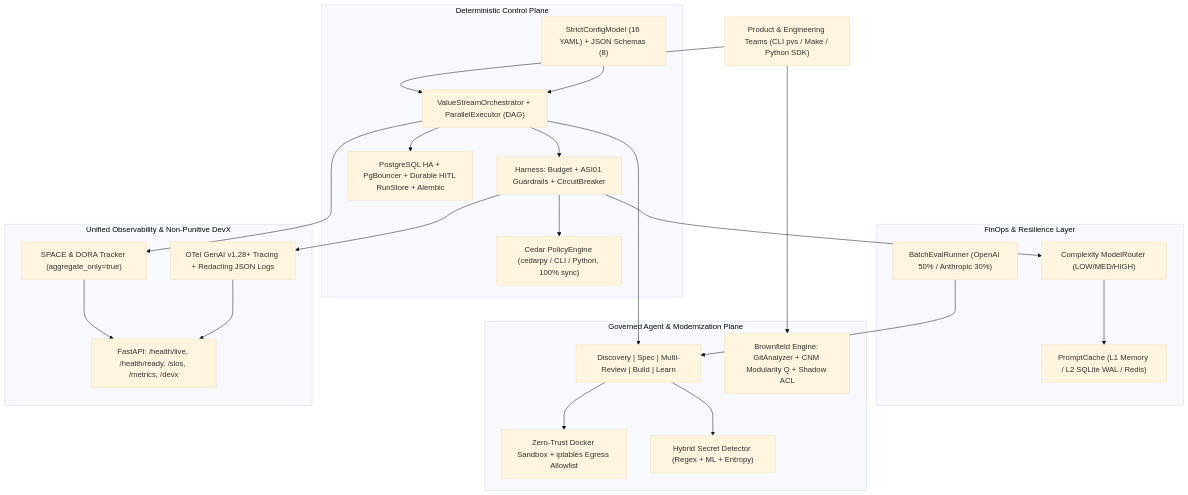
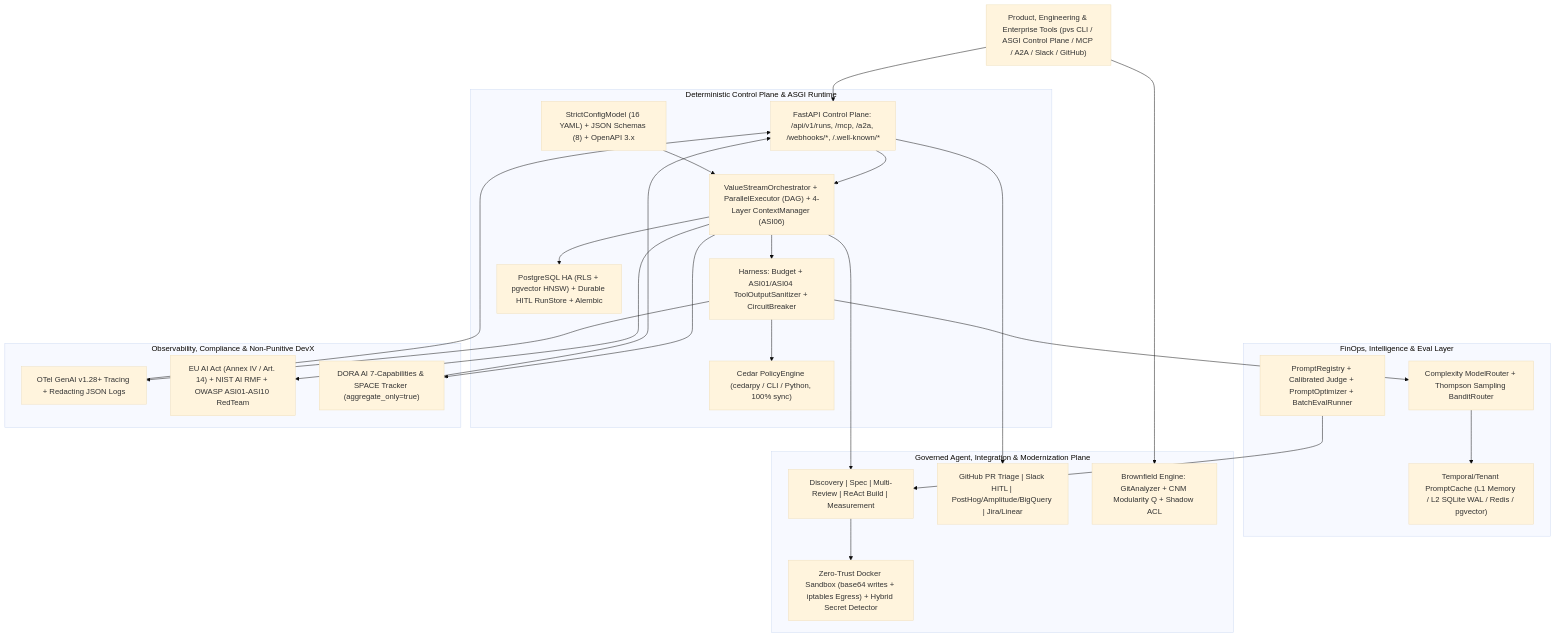
Before and after one commit to vfcarida/AI-Native-Product-Value-System: the diagram in docs/ARCHITECTURE.md, drawn with Mermaid (base theme). The commit also changed other lines of this file and 29 other files, not shown here.

````diff
--- a/docs/ARCHITECTURE.md
+++ b/docs/ARCHITECTURE.md
@@ -18,48 +18,51 @@
 ```mermaid
 flowchart TB
-    User["Product & Engineering Teams (CLI pvs / Make / Python SDK)"]
+    User["Product, Engineering & Enterprise Tools (pvs CLI / ASGI Control Plane / MCP / A2A / Slack / GitHub)"]
 
-    subgraph ControlPlane["Deterministic Control Plane"]
-        Orch["ValueStreamOrchestrator + ParallelExecutor (DAG)"]
-        Contracts["StrictConfigModel (16 YAML) + JSON Schemas (8)"]
-        Harness["Harness: Budget + ASI01 Guardrails + CircuitBreaker"]
+    subgraph ControlPlane["Deterministic Control Plane & ASGI Runtime"]
+        API["FastAPI Control Plane: /api/v1/runs, /mcp, /a2a, /webhooks/*, /.well-known/*"]
+        Orch["ValueStreamOrchestrator + ParallelExecutor (DAG) + 4-Layer ContextManager (ASI06)"]
+        Contracts["StrictConfigModel (16 YAML) + JSON Schemas (8) + OpenAPI 3.x"]
+        Harness["Harness: Budget + ASI01/ASI04 ToolOutputSanitizer + CircuitBreaker"]
         Policy["Cedar PolicyEngine (cedarpy / CLI / Python, 100% sync)"]
-        Persist["PostgreSQL HA + PgBouncer + Durable HITL RunStore + Alembic"]
+        Persist["PostgreSQL HA (RLS + pgvector HNSW) + Durable HITL RunStore + Alembic"]
     end
 
-    subgraph FinOps["FinOps & Resilience Layer"]
-        Router["Complexity ModelRouter (LOW/MED/HIGH)"]
-        Cache["PromptCache (L1 Memory / L2 SQLite WAL / Redis)"]
-        Batch["BatchEvalRunner (OpenAI 50% / Anthropic 30%)"]
+    subgraph FinOps["FinOps, Intelligence & Eval Layer"]
+        Router["Complexity ModelRouter + Thompson Sampling BanditRouter"]
+        Cache["Temporal/Tenant PromptCache (L1 Memory / L2 SQLite WAL / Redis / pgvector)"]
+        Batch["PromptRegistry + Calibrated Judge + PromptOptimizer + BatchEvalRunner"]
     end
 
-    subgraph ExecutionPlane["Governed Agent & Modernization Plane"]
-        Agents["Discovery | Spec | Multi-Review | Build | Learn"]
+    subgraph ExecutionPlane["Governed Agent, Integration & Modernization Plane"]
+        Agents["Discovery | Spec | Multi-Review | ReAct Build | Measurement"]
+        Integrations["GitHub PR Triage | Slack HITL | PostHog/Amplitude/BigQuery | Jira/Linear"]
         Brownfield["Brownfield Engine: GitAnalyzer + CNM Modularity Q + Shadow ACL"]
-        Sandbox["Zero-Trust Docker Sandbox + iptables Egress Allowlist"]
-        SecretScan["Hybrid Secret Detector (Regex + ML + Entropy)"]
+        Sandbox["Zero-Trust Docker Sandbox (base64 writes + iptables Egress) + Hybrid Secret Detector"]
     end
 
-    subgraph Telemetry["Unified Observability & Non-Punitive DevX"]
+    subgraph Telemetry["Observability, Compliance & Non-Punitive DevX"]
         OTel["OTel GenAI v1.28+ Tracing + Redacting JSON Logs"]
-        API["FastAPI: /health/live, /health/ready, /slos, /metrics, /devx"]
-        DevX["SPACE & DORA Tracker (aggregate_only=true)"]
+        Compliance["EU AI Act (Annex IV / Art. 14) + NIST AI RMF + OWASP ASI01-ASI10 RedTeam"]
+        DevX["DORA AI 7-Capabilities & SPACE Tracker (aggregate_only=true)"]
     end
 
-    User --> Orch
+    User --> API
+    API --> Orch
     Contracts --> Orch
     Orch --> Harness
     Harness --> Policy
     Harness --> Router
     Router --> Cache
     Orch --> Agents
     Orch --> Persist
     Agents --> Sandbox
-    Agents --> SecretScan
+    API --> Integrations
     User --> Brownfield
     Batch --> Agents
     Harness --> OTel
     Orch --> DevX
+    Orch --> Compliance
     DevX --> API
     OTel --> API
 ```
````
